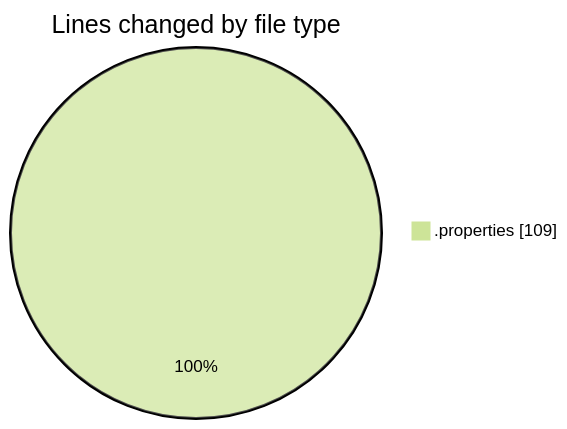
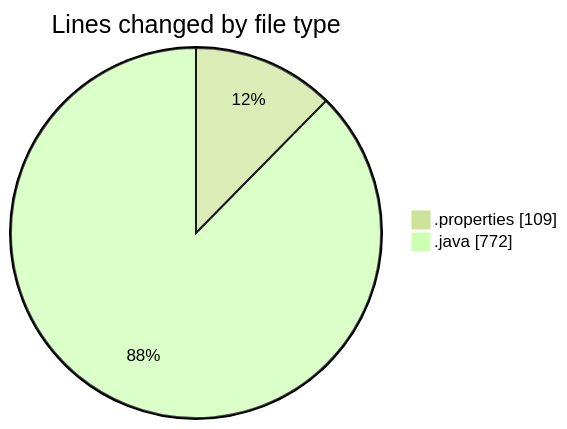
Before and after one commit to ricardozamudiocil/code-tracking: the first of 2 diagrams in 2026-06-09/cilreports__workspace_/README.md, drawn with Mermaid (forest theme). The commit also changed other lines of this file and 1 other file, not shown here.

````diff
--- a/2026-06-09/cilreports__workspace_/README.md
+++ b/2026-06-09/cilreports__workspace_/README.md
@@ -21,5 +23,6 @@
 ```mermaid
 pie showData
 title Lines changed by file type
 ".properties" : 109
+".java" : 772
 ```
````
